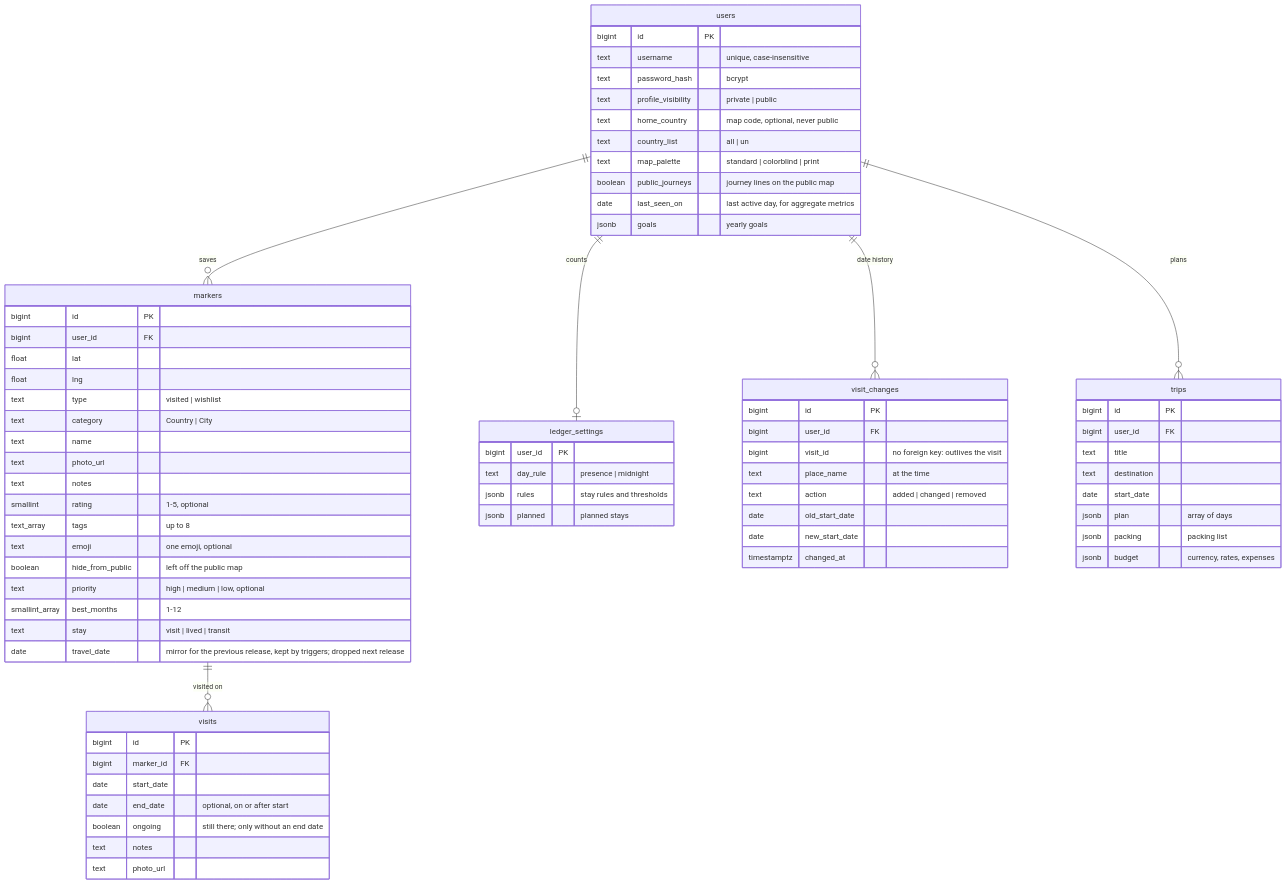
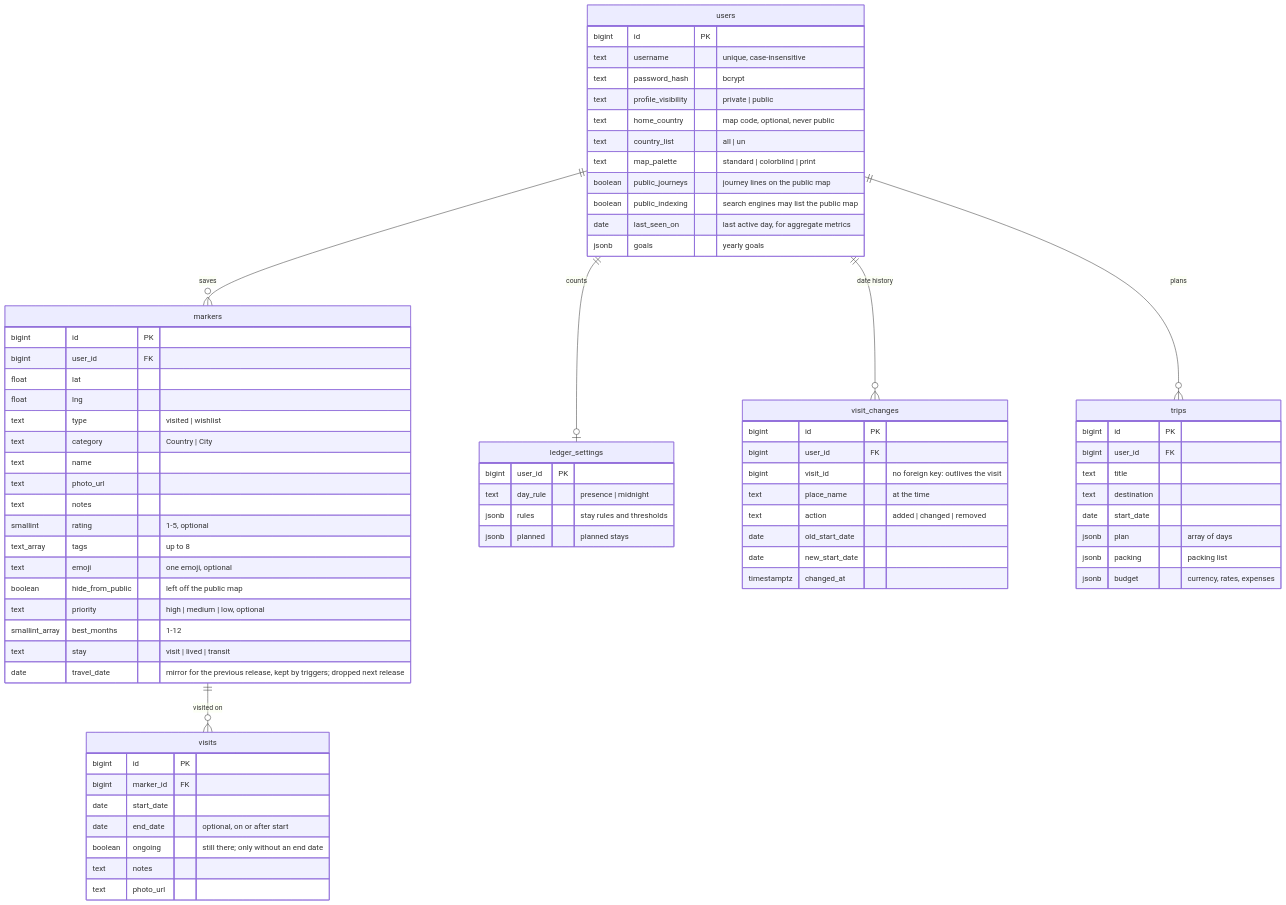
Before and after one commit to chefzaid/travelmapster: the diagram in docs/data-model.md, drawn with Mermaid. The commit also changed other lines of this file and 29 other files, not shown here.

Commit message:
Give shared maps their own link previews and let owners opt in to search engines

````diff
--- a/docs/data-model.md
+++ b/docs/data-model.md
@@ -8,74 +8,75 @@
 ```mermaid
 erDiagram
     users ||--o{ markers : saves
     markers ||--o{ visits : "visited on"
     users ||--o| ledger_settings : counts
     users ||--o{ visit_changes : "date history"
     users ||--o{ trips : plans
     users {
         bigint id PK
         text username "unique, case-insensitive"
         text password_hash "bcrypt"
         text profile_visibility "private | public"
         text home_country "map code, optional, never public"
         text country_list "all | un"
         text map_palette "standard | colorblind | print"
         boolean public_journeys "journey lines on the public map"
+        boolean public_indexing "search engines may list the public map"
         date last_seen_on "last active day, for aggregate metrics"
         jsonb goals "yearly goals"
     }
     markers {
         bigint id PK
         bigint user_id FK
         float lat
         float lng
         text type "visited | wishlist"
         text category "Country | City"
         text name
         text photo_url
         text notes
         smallint rating "1-5, optional"
         text_array tags "up to 8"
         text emoji "one emoji, optional"
         boolean hide_from_public "left off the public map"
         text priority "high | medium | low, optional"
         smallint_array best_months "1-12"
         text stay "visit | lived | transit"
         date travel_date "mirror for the previous release, kept by triggers; dropped next release"
     }
     visits {
         bigint id PK
         bigint marker_id FK
         date start_date
         date end_date "optional, on or after start"
         boolean ongoing "still there; only without an end date"
         text notes
         text photo_url
     }
     ledger_settings {
         bigint user_id PK
         text day_rule "presence | midnight"
         jsonb rules "stay rules and thresholds"
         jsonb planned "planned stays"
     }
     visit_changes {
         bigint id PK
         bigint user_id FK
         bigint visit_id "no foreign key: outlives the visit"
         text place_name "at the time"
         text action "added | changed | removed"
         date old_start_date
         date new_start_date
         timestamptz changed_at
     }
     trips {
         bigint id PK
         bigint user_id FK
         text title
         text destination
         date start_date
         jsonb plan "array of days"
         jsonb packing "packing list"
         jsonb budget "currency, rates, expenses"
     }
 ```
````
